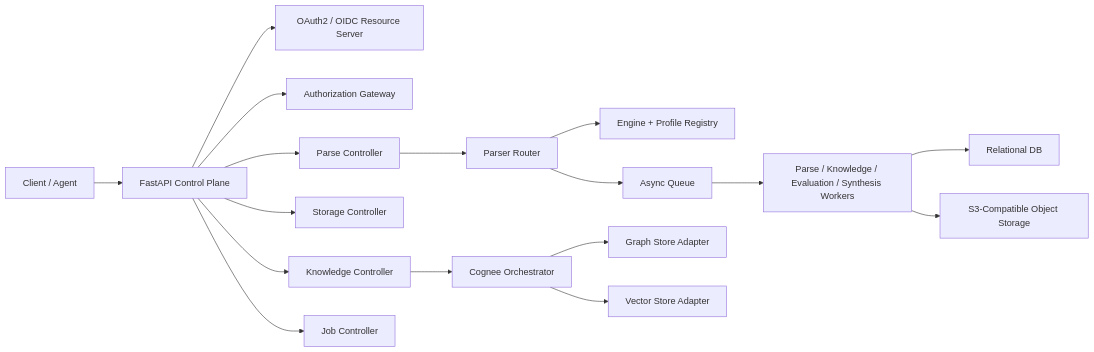
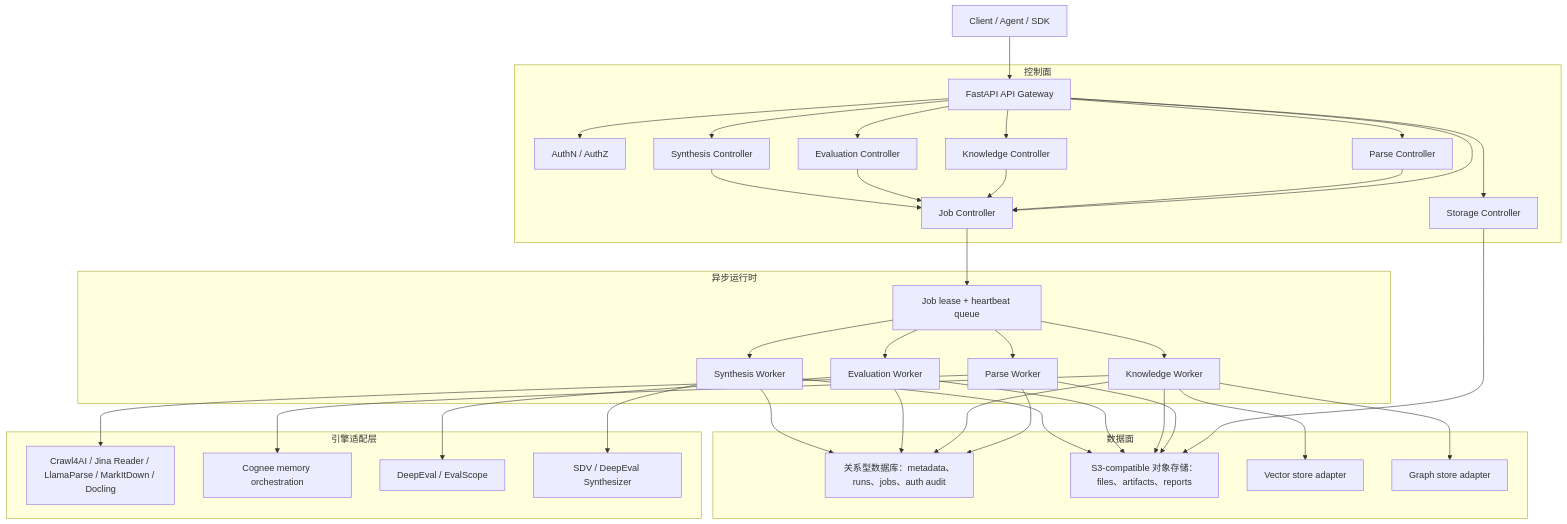
The diagram in docs/content/docs/cortex-architecture.zh.mdx (crabcanon/cortex), drawn with Mermaid before and after one commit. The commit also changed other lines of this file and 1 other file, not shown here.

Commit message:
docs: update cortex architecture stack

````diff
--- a/docs/content/docs/cortex-architecture.zh.mdx
+++ b/docs/content/docs/cortex-architecture.zh.mdx
@@ -10,19 +10,52 @@
 ```mermaid
-flowchart LR
-  Client["Client / Agent"] --> API["FastAPI Control Plane"]
-  API --> AuthN["OAuth2 / OIDC Resource Server"]
-  API --> AuthZ["Authorization Gateway"]
-  API --> Parse["Parse Controller"]
-  API --> Storage["Storage Controller"]
-  API --> Knowledge["Knowledge Controller"]
-  API --> Jobs["Job Controller"]
-  Parse --> Router["Parser Router"]
-  Router --> Registry["Engine + Profile Registry"]
-  Router --> Queue["Async Queue"]
-  Queue --> Workers["Parse / Knowledge / Evaluation / Synthesis Workers"]
-  Workers --> SQL["Relational DB"]
-  Workers --> S3["S3-Compatible Object Storage"]
-  Knowledge --> Cognee["Cognee Orchestrator"]
-  Cognee --> Graph["Graph Store Adapter"]
-  Cognee --> Vector["Vector Store Adapter"]
+flowchart TB
+  Client["Client / Agent / SDK"] --> API["FastAPI API Gateway"]
+
+  subgraph Control["控制面"]
+    API --> Auth["AuthN / AuthZ"]
+    API --> Jobs["Job Controller"]
+    API --> StorageCtl["Storage Controller"]
+    API --> ParseCtl["Parse Controller"]
+    API --> KnowledgeCtl["Knowledge Controller"]
+    API --> EvalCtl["Evaluation Controller"]
+    API --> SynthCtl["Synthesis Controller"]
+  end
+
+  subgraph Runtime["异步运行时"]
+    Jobs --> Queue["Job lease + heartbeat queue"]
+    Queue --> ParseWorker["Parse Worker"]
+    Queue --> KnowledgeWorker["Knowledge Worker"]
+    Queue --> EvalWorker["Evaluation Worker"]
+    Queue --> SynthWorker["Synthesis Worker"]
+  end
+
+  subgraph Data["数据面"]
+    SQL["关系型数据库：metadata、runs、jobs、auth audit"]
+    ObjectStore["S3-compatible 对象存储：files、artifacts、reports"]
+    VectorStore["Vector store adapter"]
+    GraphStore["Graph store adapter"]
+  end
+
+  subgraph Engines["引擎适配层"]
+    ParseWorker --> ParseEngines["Crawl4AI / Jina Reader / LlamaParse / MarkItDown / Docling"]
+    KnowledgeWorker --> Cognee["Cognee memory orchestration"]
+    EvalWorker --> EvalEngines["DeepEval / EvalScope"]
+    SynthWorker --> SynthEngines["SDV / DeepEval Synthesizer"]
+  end
+
+  StorageCtl --> ObjectStore
+  ParseCtl --> Jobs
+  KnowledgeCtl --> Jobs
+  EvalCtl --> Jobs
+  SynthCtl --> Jobs
+  ParseWorker --> SQL
+  ParseWorker --> ObjectStore
+  KnowledgeWorker --> SQL
+  KnowledgeWorker --> ObjectStore
+  KnowledgeWorker --> VectorStore
+  KnowledgeWorker --> GraphStore
+  EvalWorker --> SQL
+  EvalWorker --> ObjectStore
+  SynthWorker --> SQL
+  SynthWorker --> ObjectStore
 ```
````
